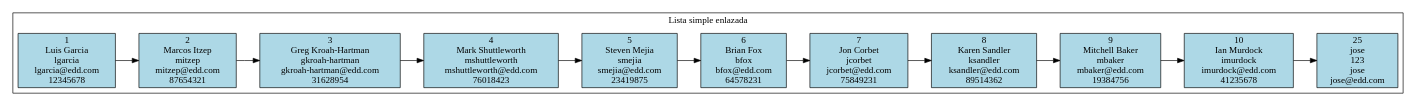
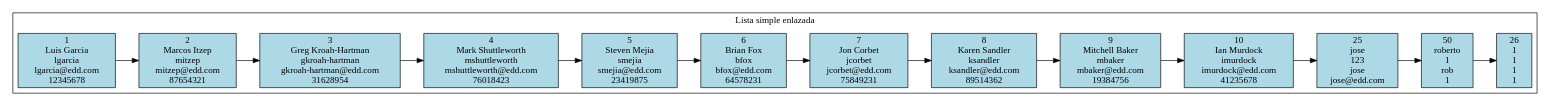
Before and after one commit to Jose-Roberto-de-Leon-Lopez/respaldos_fase_1_edd: the diagram in Fase1/Root Report/user.dot, drawn with Graphviz. The commit also changed 11 other files, not shown here.

```diff
--- a/Fase1/Root Report/user.dot
+++ b/Fase1/Root Report/user.dot
@@ -1,35 +1,39 @@
 digraph ListaEnlazada {
   rankdir=LR;
   nodesep=0.5;
 
   subgraph cluster_0 {
     label="Lista simple enlazada";
     fontsize=14;
     color=black;
     style=filled;
     fillcolor=white;
     node [shape=record, style=filled, fillcolor=lightblue];
 
     nodo0 [label="{1 \n Luis Garcia \n lgarcia \n lgarcia@edd.com \n 12345678}"];
     nodo0 -> nodo1;
     nodo1 [label="{2 \n Marcos Itzep \n mitzep \n mitzep@edd.com \n 87654321}"];
     nodo1 -> nodo2;
     nodo2 [label="{3 \n Greg Kroah-Hartman \n gkroah-hartman \n gkroah-hartman@edd.com \n 31628954}"];
     nodo2 -> nodo3;
     nodo3 [label="{4 \n Mark Shuttleworth \n mshuttleworth \n mshuttleworth@edd.com \n 76018423}"];
     nodo3 -> nodo4;
     nodo4 [label="{5 \n Steven Mejia \n smejia \n smejia@edd.com \n 23419875}"];
     nodo4 -> nodo5;
     nodo5 [label="{6 \n Brian Fox \n bfox \n bfox@edd.com \n 64578231}"];
     nodo5 -> nodo6;
     nodo6 [label="{7 \n Jon Corbet \n jcorbet \n jcorbet@edd.com \n 75849231}"];
     nodo6 -> nodo7;
     nodo7 [label="{8 \n Karen Sandler \n ksandler \n ksandler@edd.com \n 89514362}"];
     nodo7 -> nodo8;
     nodo8 [label="{9 \n Mitchell Baker \n mbaker \n mbaker@edd.com \n 19384756}"];
     nodo8 -> nodo9;
     nodo9 [label="{10 \n Ian Murdock \n imurdock \n imurdock@edd.com \n 41235678}"];
     nodo9 -> nodo10;
     nodo10 [label="{25 \n jose \n 123 \n jose \n jose@edd.com}"];
+    nodo10 -> nodo11;
+    nodo11 [label="{50 \n roberto \n 1 \n rob \n 1}"];
+    nodo11 -> nodo12;
+    nodo12 [label="{26 \n 1 \n 1 \n 1 \n 1}"];
   }
 }
```
